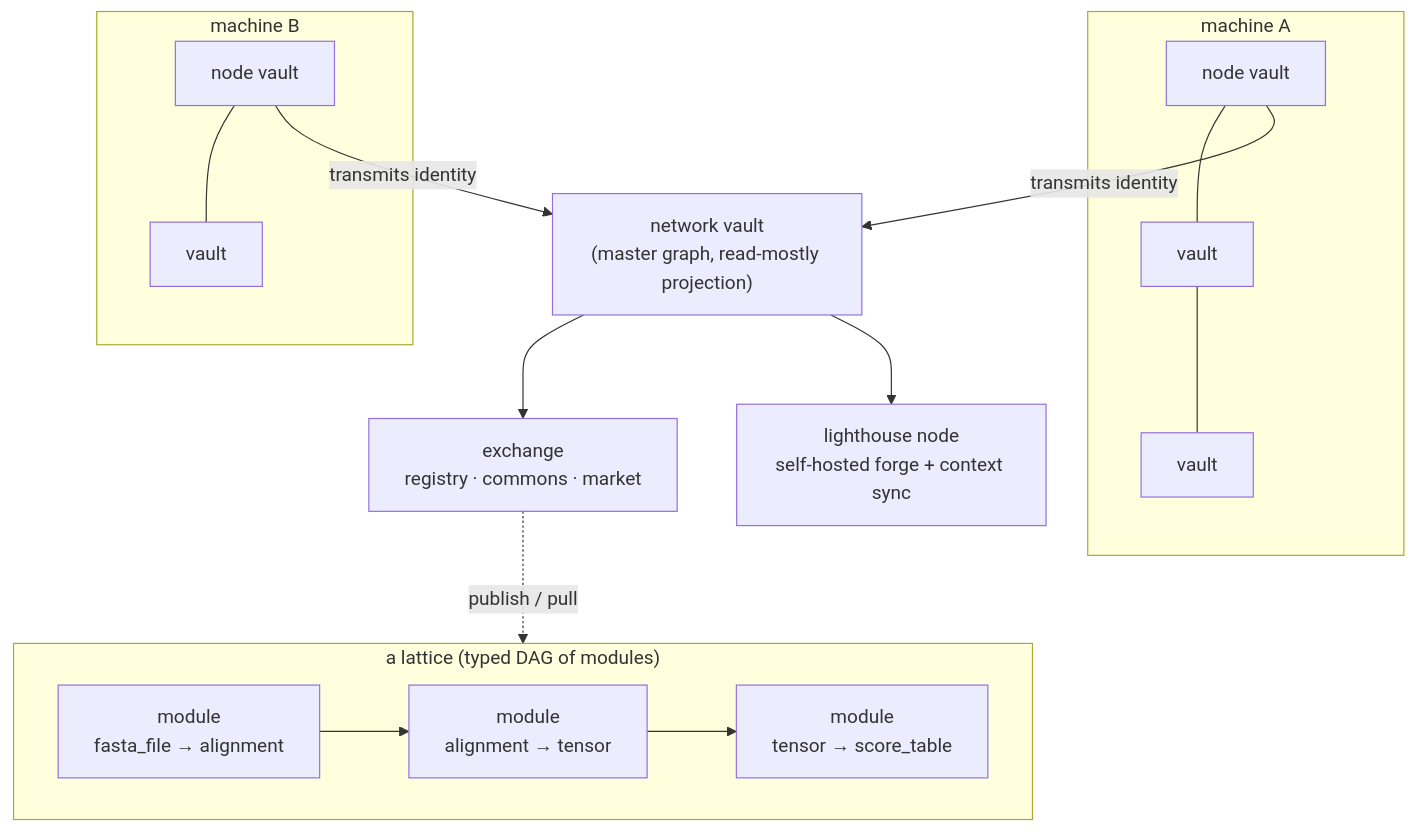
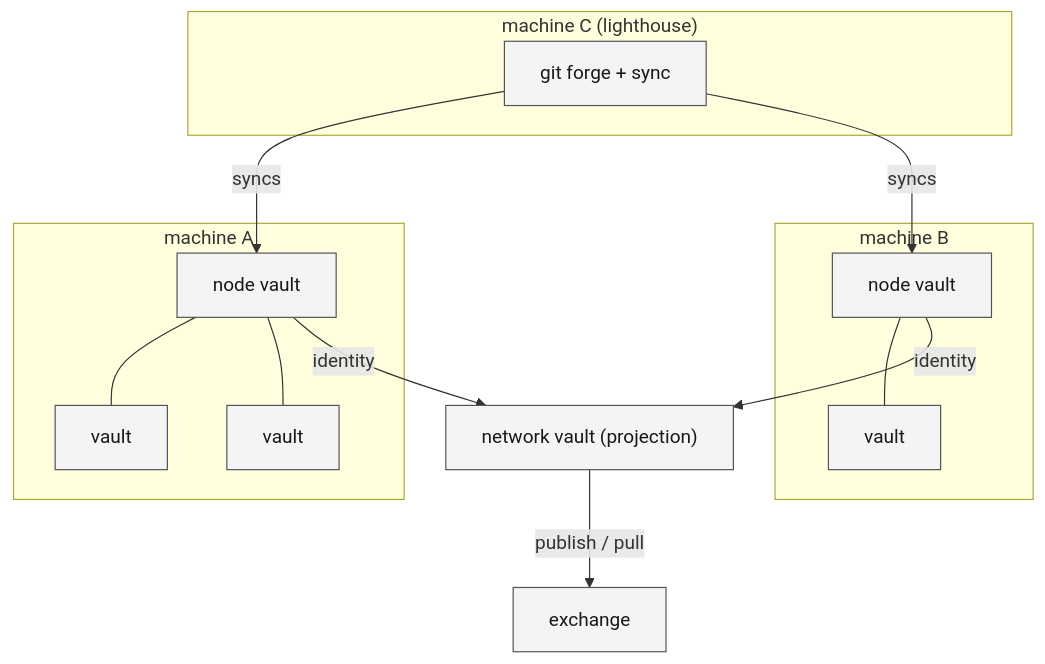
One commit to aDNA-Network/aDNA.aDNA changed the fourth of 5 diagrams in what/docs/adna_primer_for_data_engineers.md. Above: the diagram before and after it, drawn with Mermaid. The commit also changed other lines of this file and 2 other files, not shown here.

````diff
--- a/what/docs/adna_primer_for_data_engineers.md
+++ b/what/docs/adna_primer_for_data_engineers.md
@@ -347,18 +307,24 @@
 ```mermaid
 flowchart TB
+  accTitle: Nodes, the network vault, the exchange and a lighthouse
+  accDescr: Two machines each hold a node vault with several vaults around it. Each node vault transmits its identity to the network vault, a read-mostly projection. The network vault publishes to and pulls from the exchange. A lighthouse is a third machine that runs a git forge for a subnet.
+  classDef box fill:#f4f4f5,stroke:#52525b,color:#18181b
   subgraph M1["machine A"]
-    H1["node vault"] --- V1["vault"] --- V2["vault"]
+    H1["node vault"]
+    H1 --- V1["vault"]
+    H1 --- V2["vault"]
   end
   subgraph M2["machine B"]
-    H2["node vault"] --- V3["vault"]
+    H2["node vault"]
+    H2 --- V3["vault"]
   end
-  H1 -->|"transmits identity"| N["network vault\n(master graph, read-mostly projection)"]
-  H2 -->|"transmits identity"| N
-  N --> X["exchange\nregistry · commons · market"]
-  N --> L["lighthouse node\nself-hosted forge + context sync"]
-  subgraph LAT["a lattice (typed DAG of modules)"]
-    direction LR
-    m1["module\nfasta_file → alignment"] --> m2["module\nalignment → tensor"] --> m3["module\ntensor → score_table"]
+  subgraph M3["machine C (lighthouse)"]
+    L["git forge + sync"]
   end
-  X -.->|"publish / pull"| LAT
+  H1 -->|"identity"| N["network vault (projection)"]
+  H2 -->|"identity"| N
+  N -->|"publish / pull"| X["exchange"]
+  L -->|"syncs"| H1
+  L -->|"syncs"| H2
+  class H1,H2,V1,V2,V3,L,N,X box
 ```
````
